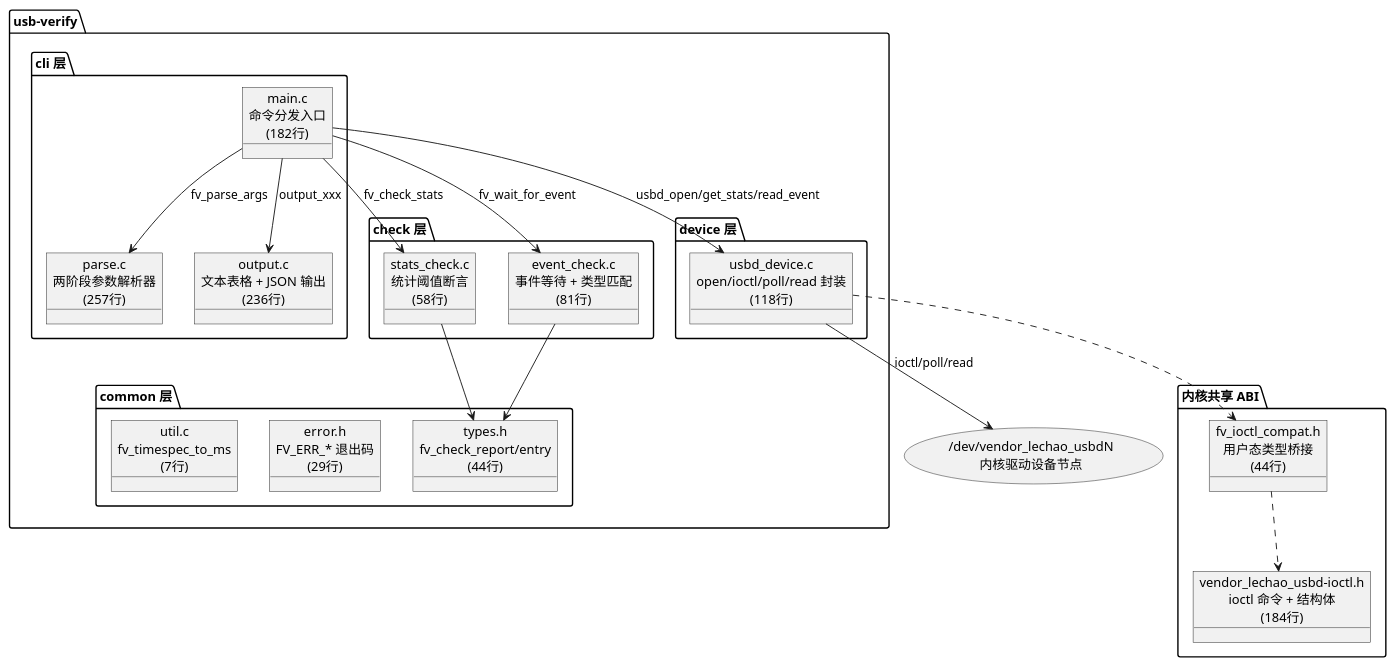
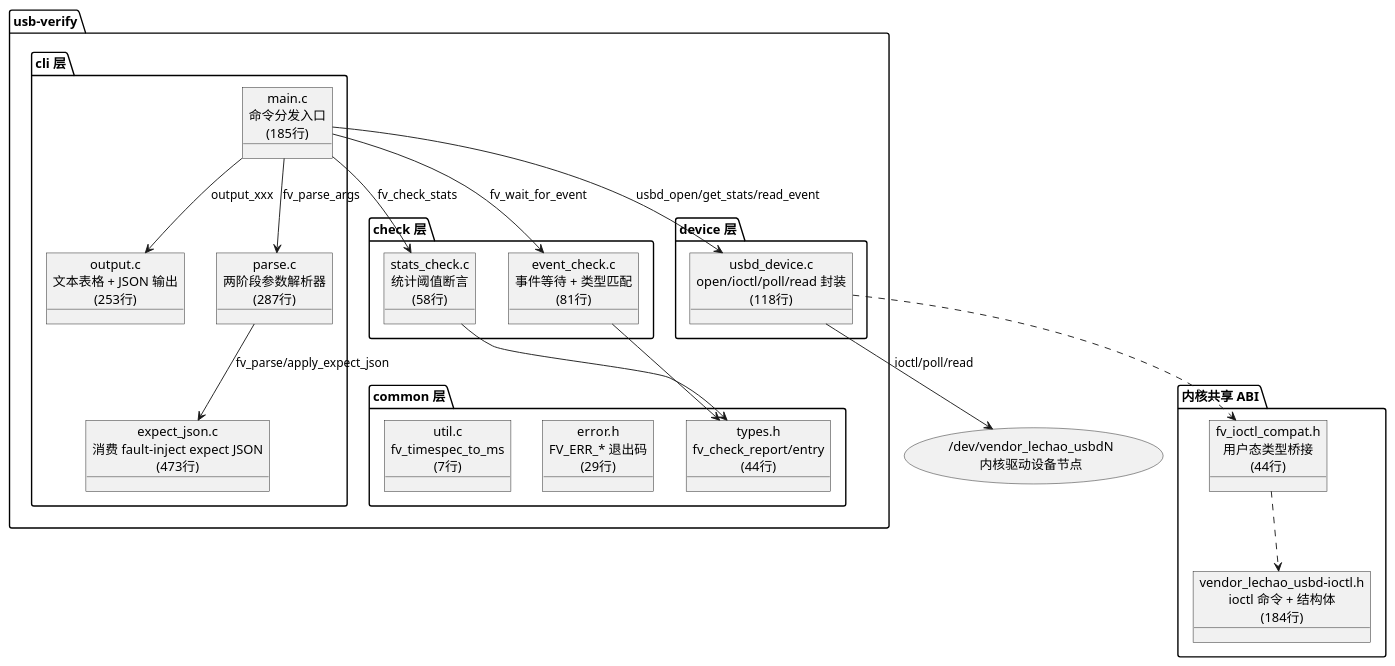
The sixth of 16 diagrams in docs/02-IO增强/02.05-故障注入验证-usb-verify.md (lechao365/AndroidSystemEnhance), drawn with PlantUML before and after one commit. The commit also changed other lines of this file and 212 other files, not shown here.

First line of the commit message:
构建(baseline): 发布 BL-20261013-01——LcIod SD 健康/长尾直方图与块采集迁入、LcView 事件扩展、usb-verify JSON 期望

````diff
--- a/docs/02-IO增强/02.05-故障注入验证-usb-verify.md
+++ b/docs/02-IO增强/02.05-故障注入验证-usb-verify.md
@@ -187,42 +188,44 @@
 ```plantuml
 @startuml
 allowmixing
 package "usb-verify" as mod {
     package "cli 层" as cli {
-        object "main.c\n命令分发入口\n(182行)" as Main
-        object "parse.c\n两阶段参数解析器\n(257行)" as Parse
-        object "output.c\n文本表格 + JSON 输出\n(236行)" as Output
+        object "main.c\n命令分发入口\n(185行)" as Main
+        object "parse.c\n两阶段参数解析器\n(287行)" as Parse
+        object "output.c\n文本表格 + JSON 输出\n(253行)" as Output
+        object "expect_json.c\n消费 fault-inject expect JSON\n(473行)" as ExpectJson
     }
     package "device 层" as dev {
         object "usbd_device.c\nopen/ioctl/poll/read 封装\n(118行)" as Usbd
     }
     package "check 层" as chk {
         object "stats_check.c\n统计阈值断言\n(58行)" as StatsChk
         object "event_check.c\n事件等待 + 类型匹配\n(81行)" as EventChk
     }
     package "common 层" as com {
         object "types.h\nfv_check_report/entry\n(44行)" as Types
         object "error.h\nFV_ERR_* 退出码\n(29行)" as Error
         object "util.c\nfv_timespec_to_ms\n(7行)" as Util
     }
 }
 
 package "内核共享 ABI" as abi {
     object "vendor_lechao_usbd-ioctl.h\nioctl 命令 + 结构体\n(184行)" as Ioctl
     object "fv_ioctl_compat.h\n用户态类型桥接\n(44行)" as Compat
 }
 
 usecase "/dev/vendor_lechao_usbdN\n内核驱动设备节点" as Kernel
 
 Main --> Parse : fv_parse_args
 Main --> Output : output_xxx
 Main --> Usbd : usbd_open/get_stats/read_event
 Main --> StatsChk : fv_check_stats
 Main --> EventChk : fv_wait_for_event
+Parse --> ExpectJson : fv_parse/apply_expect_json
 StatsChk --> Types
 EventChk --> Types
 Usbd --> Kernel : ioctl/poll/read
 Usbd ..> Compat
 Compat ..> Ioctl
 @enduml
 ```
````
